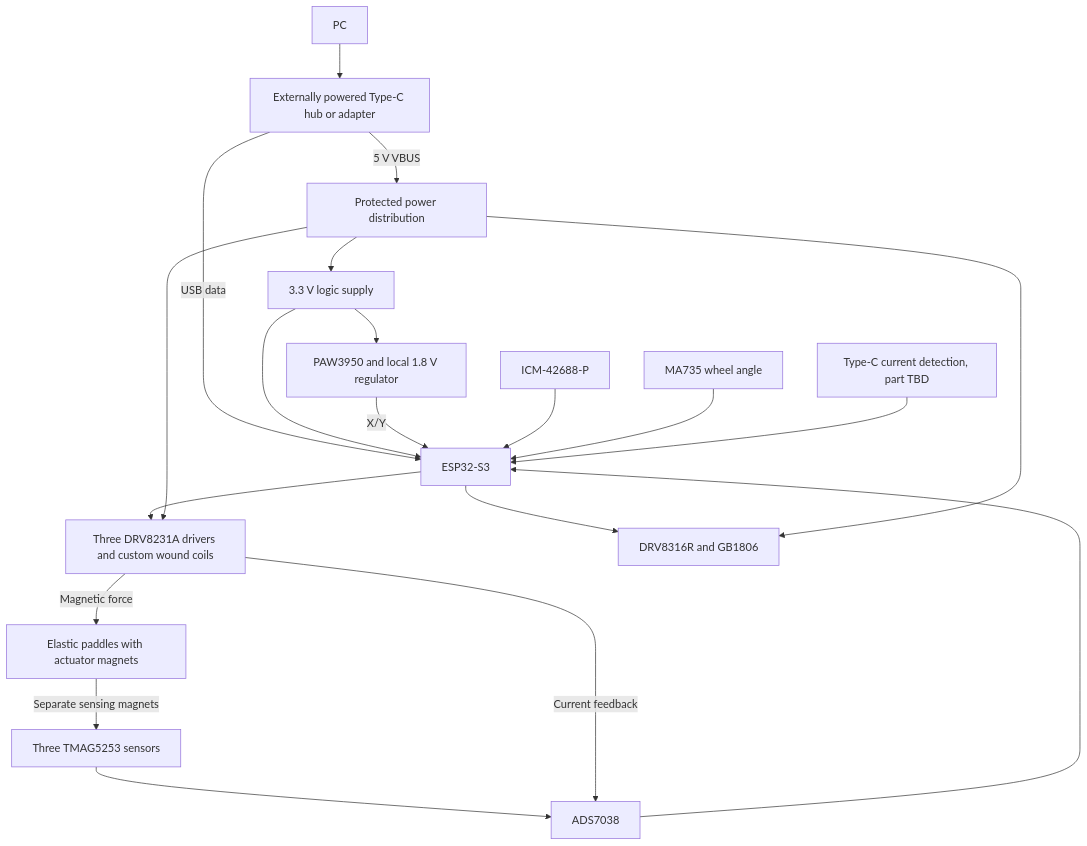
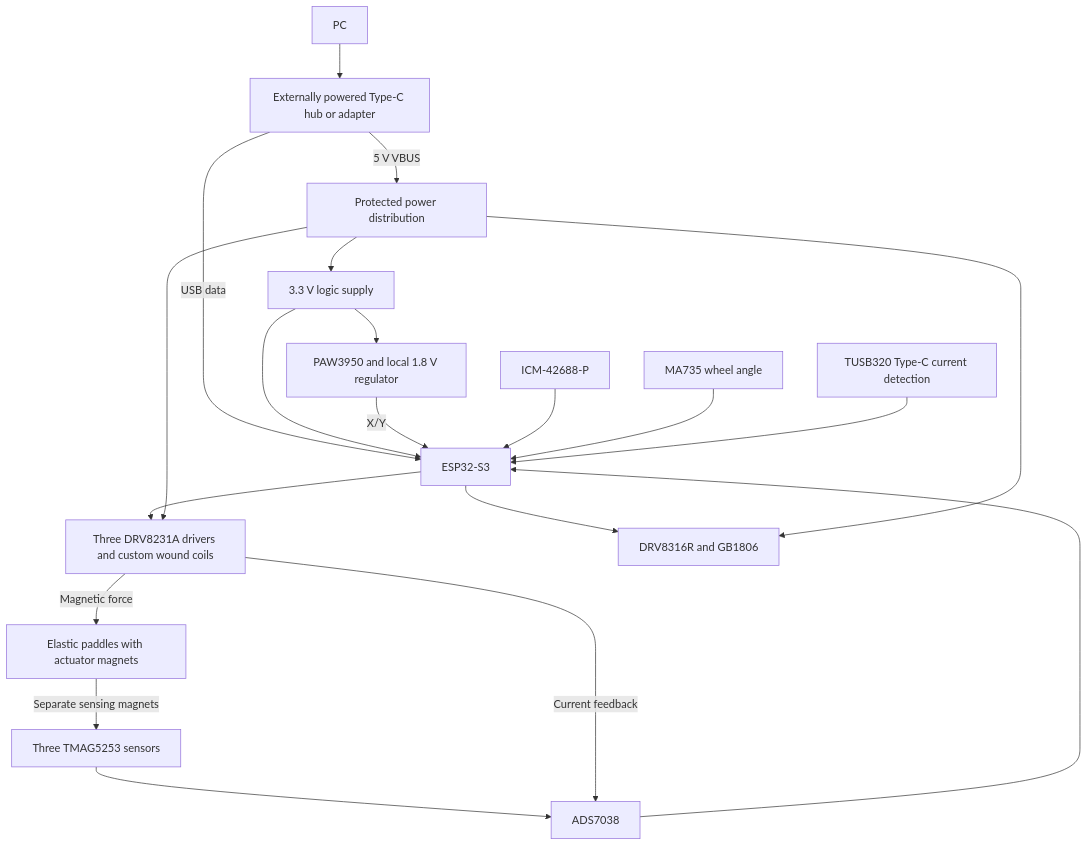
The diagram in docs/architecture.md (sbarisic/MagMouse), drawn with Mermaid before and after one commit. The commit also changed 23 other files, not shown here.

Commit message:
Implement USB-C power control schematic and validation

````diff
--- a/docs/architecture.md
+++ b/docs/architecture.md
@@ -21,22 +21,22 @@
 ```mermaid
 flowchart TD
     PC[PC] --> Hub[Externally powered Type-C hub or adapter]
     Hub -->|USB data| MCU[ESP32-S3]
     Hub -->|5 V VBUS| Power[Protected power distribution]
     Power --> Logic[3.3 V logic supply]
     Logic --> MCU
     Logic --> Optical[PAW3950 and local 1.8 V regulator]
     Optical -->|X/Y| MCU
     IMU[ICM-42688-P] --> MCU
     Hall[Three TMAG5253 sensors] --> ADC[ADS7038]
     ADC --> MCU
     MCU --> Buttons[Three DRV8231A drivers and custom wound coils]
     Buttons -->|Current feedback| ADC
     Buttons -->|Magnetic force| Paddles[Elastic paddles with actuator magnets]
     Paddles -->|Separate sensing magnets| Hall
     MCU --> Wheel[DRV8316R and GB1806]
     Angle[MA735 wheel angle] --> MCU
     Power --> Buttons
     Power --> Wheel
-    CC[Type-C current detection, part TBD] --> MCU
+    CC[TUSB320 Type-C current detection] --> MCU
 ```
````
